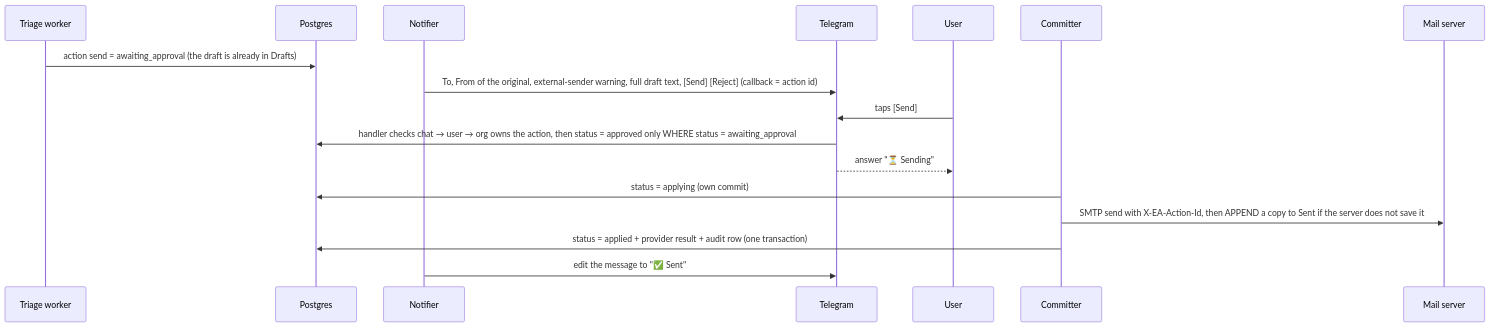
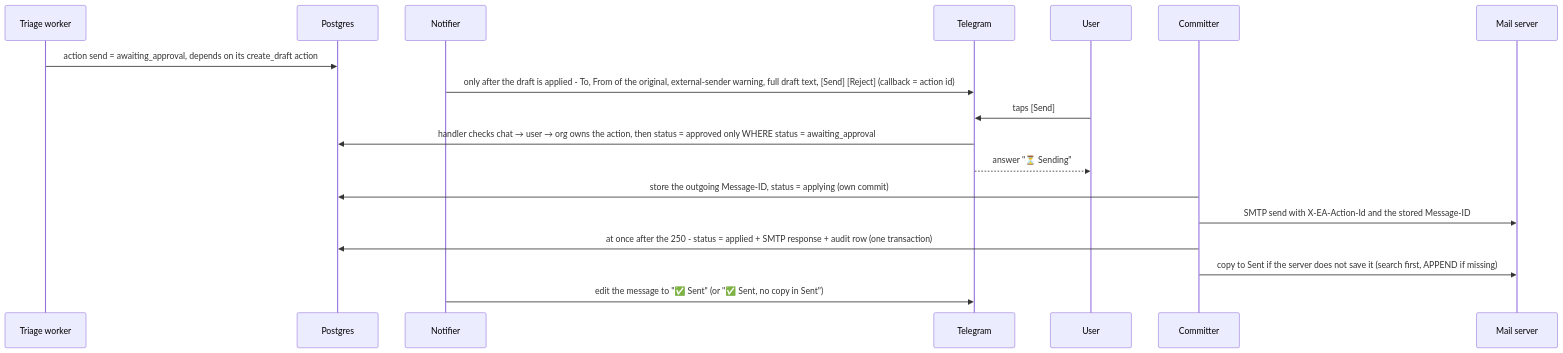
The third of 4 diagrams in docs/architecture.md (Artexs/email_assistant), drawn with Mermaid before and after one commit. The commit also changed other lines of this file and 20 other files, not shown here.

````diff
--- a/docs/architecture.md
+++ b/docs/architecture.md
@@ -195,20 +216,21 @@
 ```mermaid
 sequenceDiagram
     participant W as Triage worker
     participant DB as Postgres
     participant N as Notifier
     participant TG as Telegram
     participant U as User
     participant C as Committer
     participant M as Mail server
 
-    W->>DB: action send = awaiting_approval (the draft is already in Drafts)
-    N->>TG: To, From of the original, external-sender warning, full draft text, [Send] [Reject] (callback = action id)
+    W->>DB: action send = awaiting_approval, depends on its create_draft action
+    N->>TG: only after the draft is applied - To, From of the original, external-sender warning, full draft text, [Send] [Reject] (callback = action id)
     U->>TG: taps [Send]
     TG->>DB: handler checks chat → user → org owns the action, then status = approved only WHERE status = awaiting_approval
     TG-->>U: answer "⏳ Sending"
-    C->>DB: status = applying (own commit)
-    C->>M: SMTP send with X-EA-Action-Id, then APPEND a copy to Sent if the server does not save it
-    C->>DB: status = applied + provider result + audit row (one transaction)
-    N->>TG: edit the message to "✅ Sent"
+    C->>DB: store the outgoing Message-ID, status = applying (own commit)
+    C->>M: SMTP send with X-EA-Action-Id and the stored Message-ID
+    C->>DB: at once after the 250 - status = applied + SMTP response + audit row (one transaction)
+    C->>M: copy to Sent if the server does not save it (search first, APPEND if missing)
+    N->>TG: edit the message to "✅ Sent" (or "✅ Sent, no copy in Sent")
 ```
````
